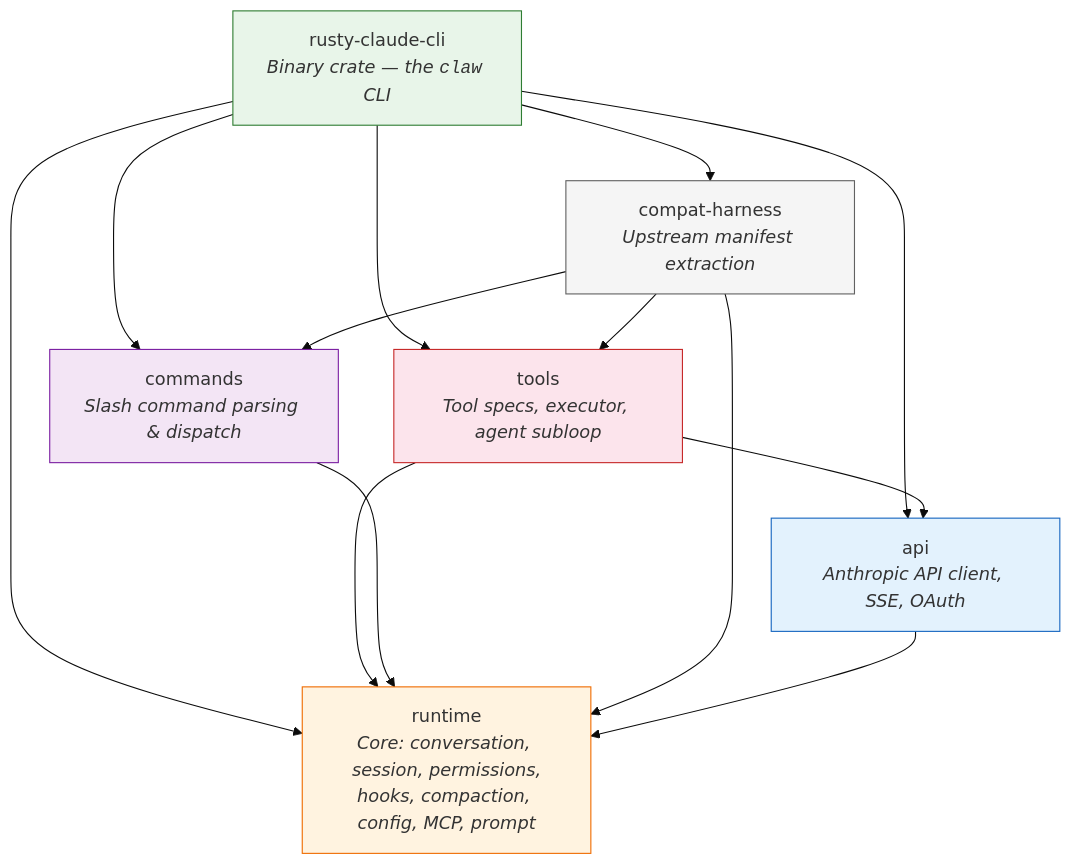
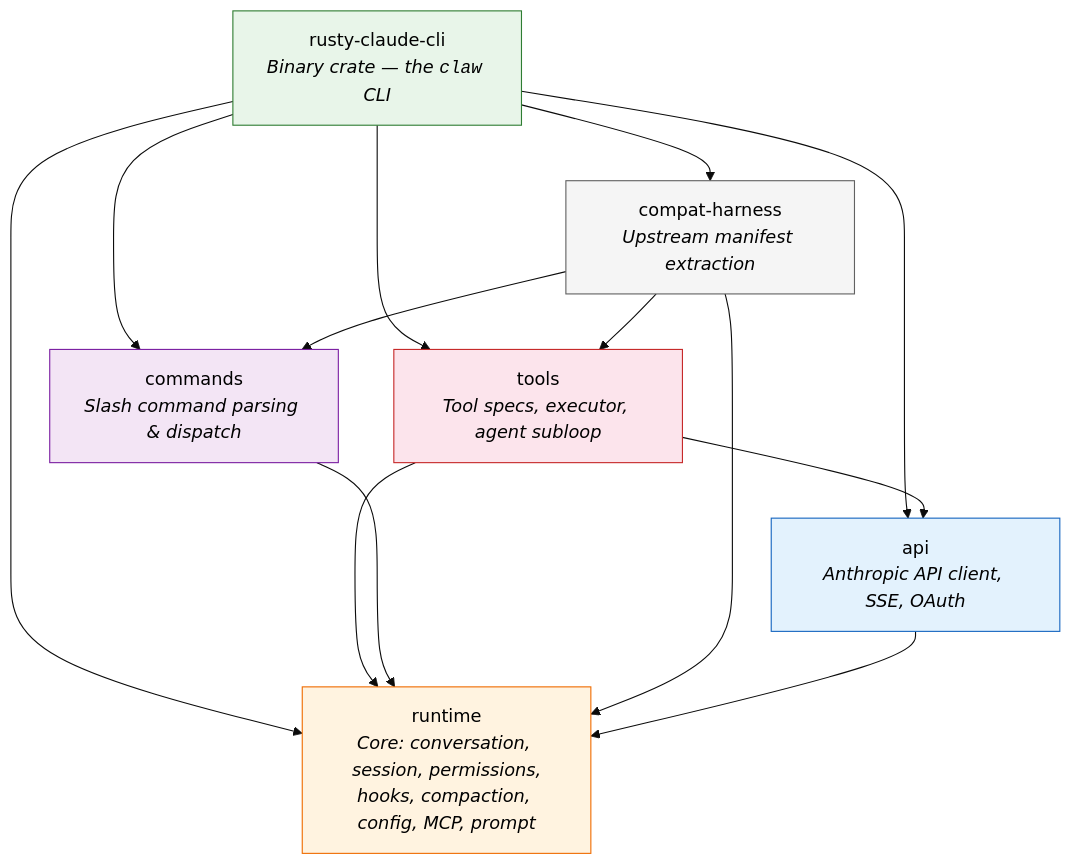
One commit to supratik-bhattacharya-2020/claw-code-docs changed the first of 2 diagrams in architecture.md. Above: the diagram before and after it, drawn with Mermaid (base theme). The commit also changed 7 other files, not shown here.

First line of the commit message:
Add explicit black text color to all Mermaid diagram nodes

````diff
--- a/architecture.md
+++ b/architecture.md
@@ -18,29 +18,29 @@
 ```mermaid
 graph TD
     CLI["rusty-claude-cli<br/><i>Binary crate — the <code>claw</code> CLI</i>"]
     API["api<br/><i>Anthropic API client, SSE, OAuth</i>"]
     TOOLS["tools<br/><i>Tool specs, executor, agent subloop</i>"]
     COMMANDS["commands<br/><i>Slash command parsing & dispatch</i>"]
     RUNTIME["runtime<br/><i>Core: conversation, session, permissions,<br/>hooks, compaction, config, MCP, prompt</i>"]
     COMPAT["compat-harness<br/><i>Upstream manifest extraction</i>"]
 
     CLI --> API
     CLI --> TOOLS
     CLI --> COMMANDS
     CLI --> RUNTIME
     CLI --> COMPAT
     TOOLS --> API
     TOOLS --> RUNTIME
     COMMANDS --> RUNTIME
     COMPAT --> COMMANDS
     COMPAT --> TOOLS
     COMPAT --> RUNTIME
     API --> RUNTIME
 
-    style CLI fill:#e8f5e9,stroke:#2e7d32
-    style RUNTIME fill:#fff3e0,stroke:#ef6c00
-    style API fill:#e3f2fd,stroke:#1565c0
-    style TOOLS fill:#fce4ec,stroke:#c62828
-    style COMMANDS fill:#f3e5f5,stroke:#7b1fa2
-    style COMPAT fill:#f5f5f5,stroke:#616161
+    style CLI fill:#e8f5e9,stroke:#2e7d32,color:#000
+    style RUNTIME fill:#fff3e0,stroke:#ef6c00,color:#000
+    style API fill:#e3f2fd,stroke:#1565c0,color:#000
+    style TOOLS fill:#fce4ec,stroke:#c62828,color:#000
+    style COMMANDS fill:#f3e5f5,stroke:#7b1fa2,color:#000
+    style COMPAT fill:#f5f5f5,stroke:#616161,color:#000
 ```
````
